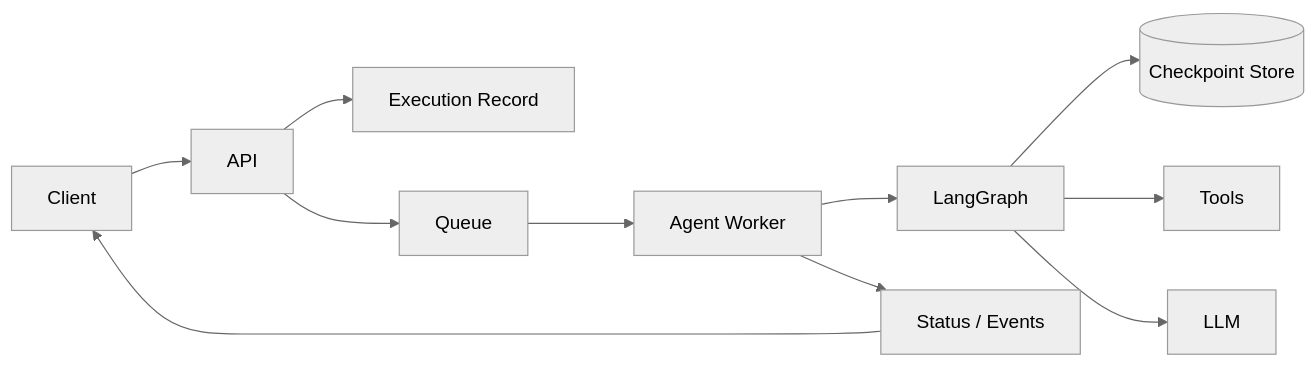
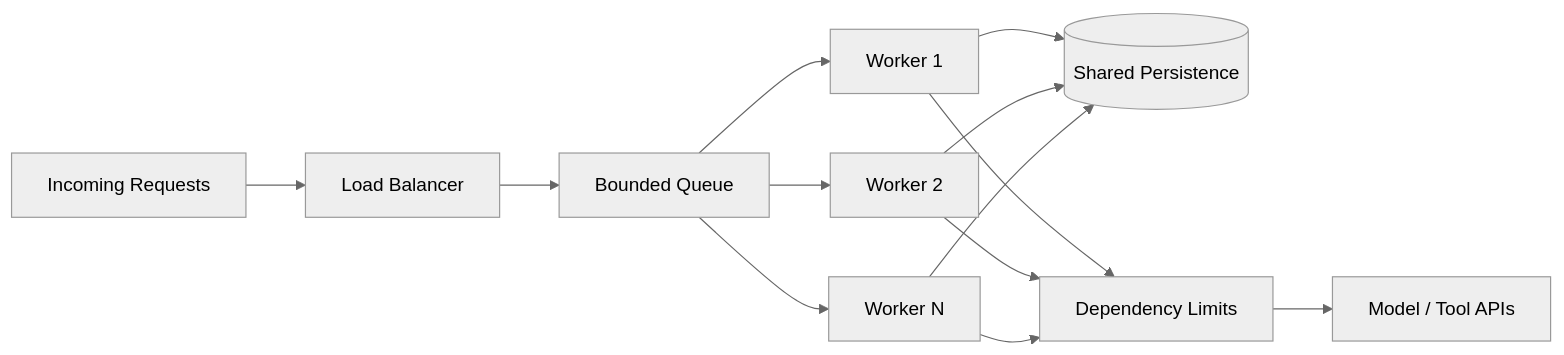
The second of 4 diagrams in docs/08-ai-engineering-frameworks/langgraph/25-langgraph-production-patterns.md (MihirKJha/enterprise-ai-engineering-handbook), drawn with Mermaid (neutral theme) before and after one commit. The commit also changed other lines of this file and 10 other files, not shown here.

````diff
--- a/docs/08-ai-engineering-frameworks/langgraph/25-langgraph-production-patterns.md
+++ b/docs/08-ai-engineering-frameworks/langgraph/25-langgraph-production-patterns.md
@@ -508,23 +53,15 @@
 ```mermaid
 flowchart LR
-
-    A[Client] --> B[API]
-
-    B --> C[Execution Record]
-
-    B --> D[Queue]
-
-    D --> E[Agent Worker]
-
-    E --> F[LangGraph]
-
-    F --> G[(Checkpoint Store)]
-
-    F --> H[Tools]
-
-    F --> I[LLM]
-
-    E --> J[Status / Events]
-
-    J --> A
+    C[Incoming Requests] --> LB[Load Balancer]
+    LB --> Q[Bounded Queue]
+    Q --> W1[Worker 1]
+    Q --> W2[Worker 2]
+    Q --> WN[Worker N]
+    W1 --> CP[(Shared Persistence)]
+    W2 --> CP
+    WN --> CP
+    W1 --> D[Dependency Limits]
+    W2 --> D
+    WN --> D
+    D --> API[Model / Tool APIs]
 ```
````
